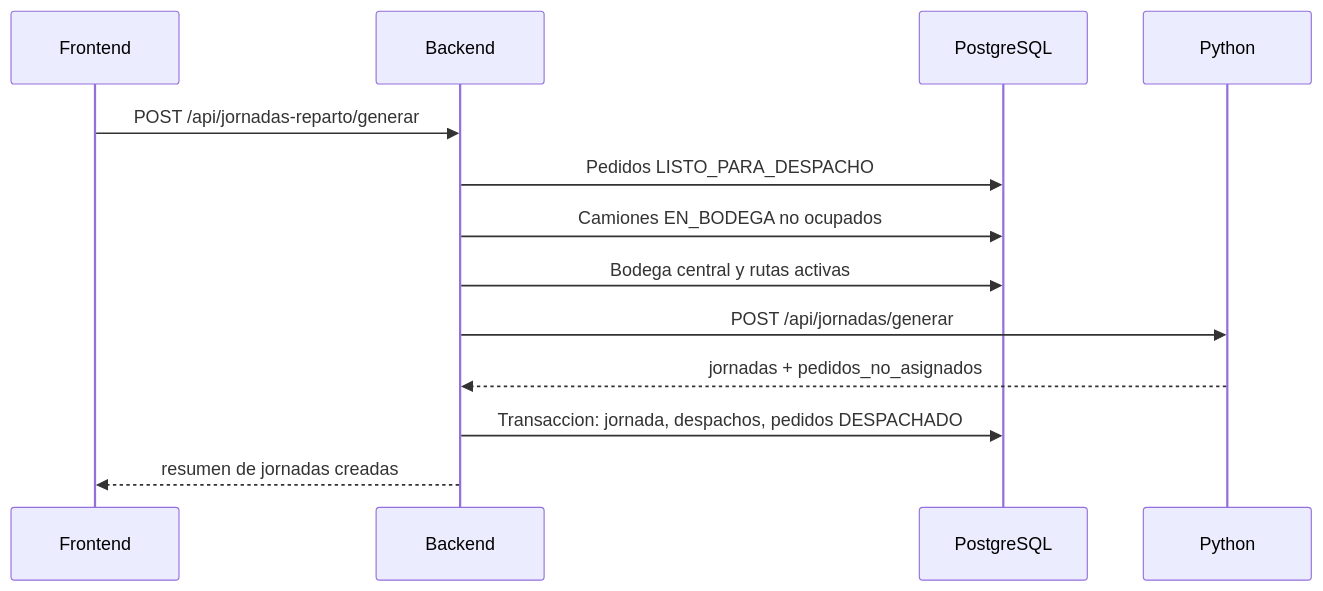
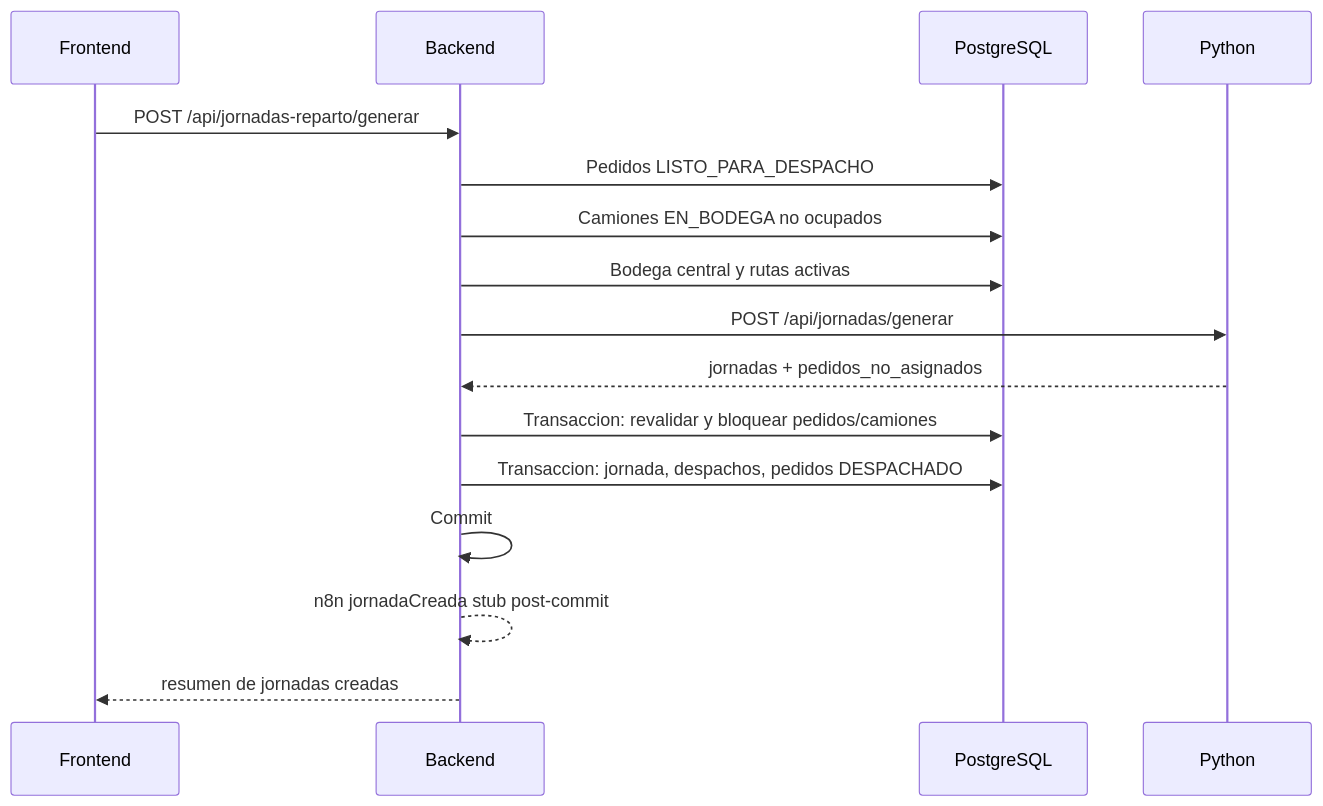
Before and after one commit to gabriel23mz/techsupply-scm: the second of 3 diagrams in docs/07-flujos-contratos-e-integraciones.md, drawn with Mermaid. The commit also changed other lines of this file and 8 other files, not shown here.

````diff
--- a/docs/07-flujos-contratos-e-integraciones.md
+++ b/docs/07-flujos-contratos-e-integraciones.md
@@ -20,16 +20,19 @@
 ```mermaid
 sequenceDiagram
   participant FE as Frontend
   participant BE as Backend
   participant DB as PostgreSQL
   participant PY as Python
 
   FE->>BE: POST /api/jornadas-reparto/generar
   BE->>DB: Pedidos LISTO_PARA_DESPACHO
   BE->>DB: Camiones EN_BODEGA no ocupados
   BE->>DB: Bodega central y rutas activas
   BE->>PY: POST /api/jornadas/generar
   PY-->>BE: jornadas + pedidos_no_asignados
+  BE->>DB: Transaccion: revalidar y bloquear pedidos/camiones
   BE->>DB: Transaccion: jornada, despachos, pedidos DESPACHADO
+  BE->>BE: Commit
+  BE-->>BE: n8n jornadaCreada stub post-commit
   BE-->>FE: resumen de jornadas creadas
 ```
````
